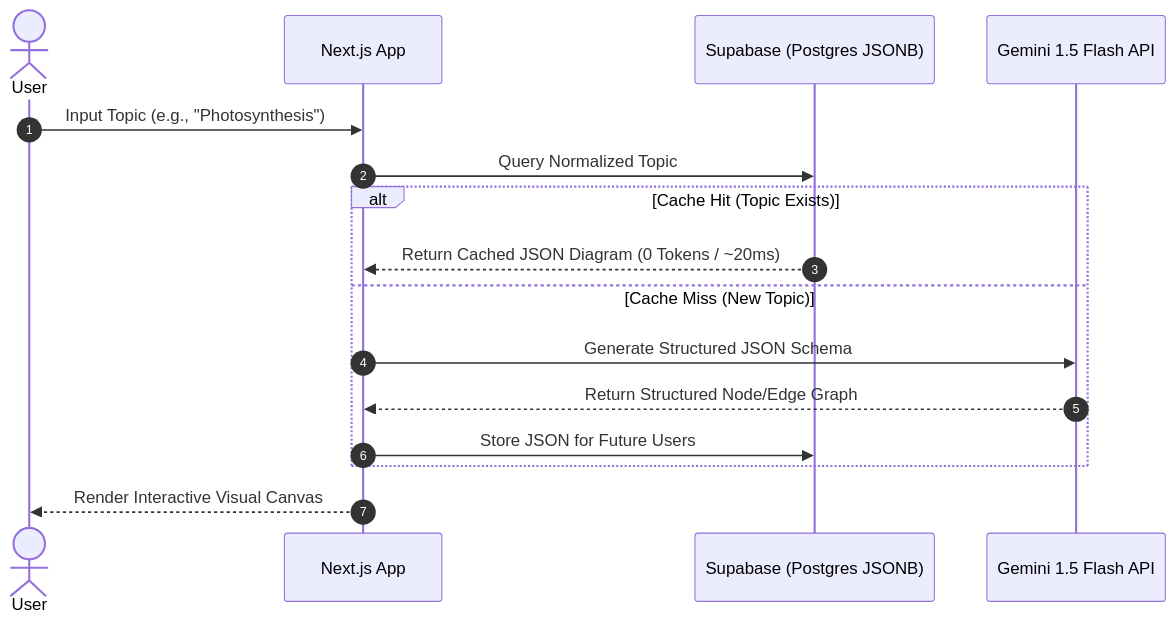
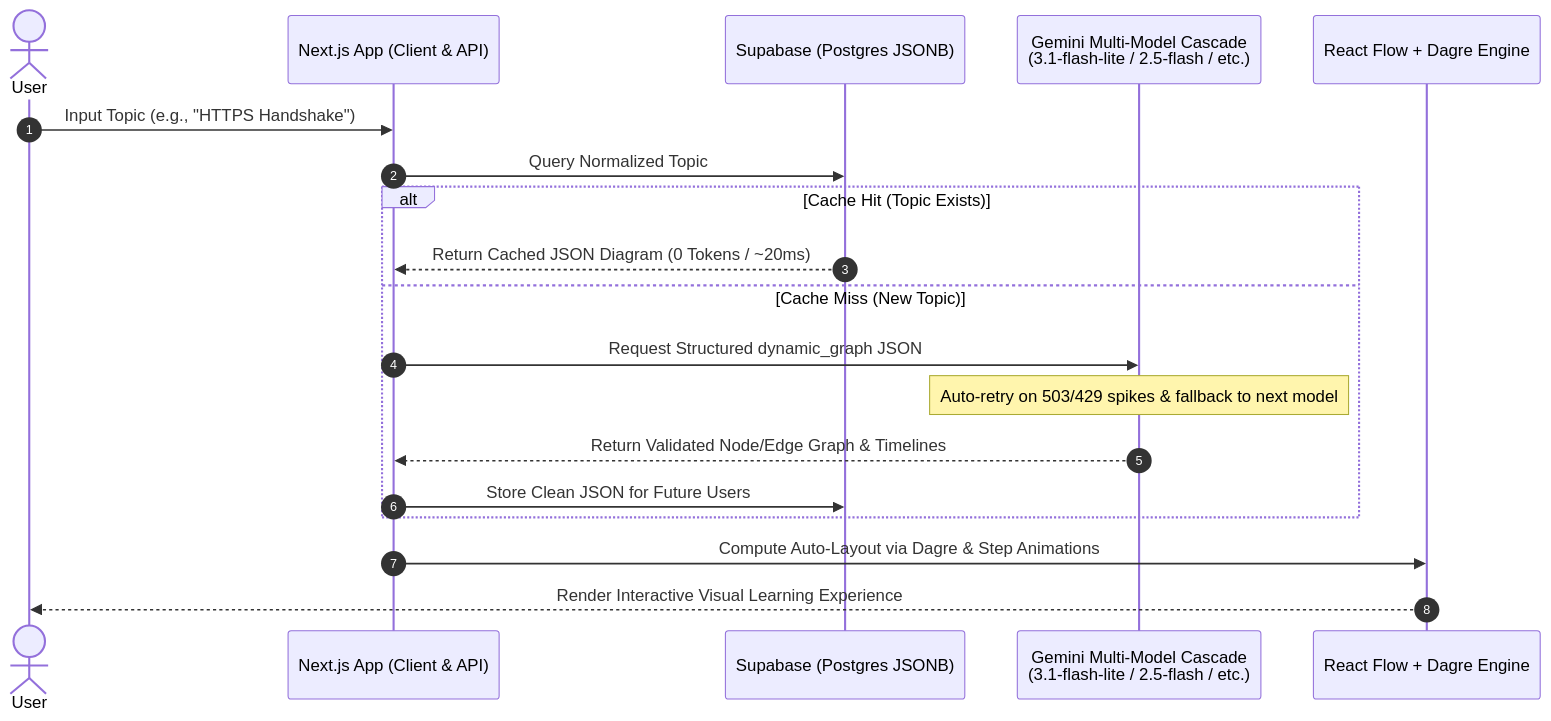
One commit to Aftabmemon20/Agentic-Canvas changed the diagram in README.md. Above: the diagram before and after it, drawn with Mermaid. The commit also changed other lines of this file and 2 other files, not shown here.

Commit message:
feat(ai): add multi-model cascade with retry & update architecture docs

````diff
--- a/README.md
+++ b/README.md
@@ -35,19 +35,22 @@
 ```mermaid
 sequenceDiagram
     autonumber
     actor User
-    participant Frontend as Next.js App
+    participant Frontend as Next.js App (Client & API)
     participant Cache as Supabase (Postgres JSONB)
-    participant AI as Gemini 1.5 Flash API
+    participant AI as Gemini Multi-Model Cascade<br/>(3.1-flash-lite / 2.5-flash / etc.)
+    participant Canvas as React Flow + Dagre Engine
 
-    User->>Frontend: Input Topic (e.g., "Photosynthesis")
+    User->>Frontend: Input Topic (e.g., "HTTPS Handshake")
     Frontend->>Cache: Query Normalized Topic
     alt Cache Hit (Topic Exists)
         Cache-->>Frontend: Return Cached JSON Diagram (0 Tokens / ~20ms)
     else Cache Miss (New Topic)
-        Frontend->>AI: Generate Structured JSON Schema
-        AI-->>Frontend: Return Structured Node/Edge Graph
-        Frontend->>Cache: Store JSON for Future Users
+        Frontend->>AI: Request Structured dynamic_graph JSON
+        Note over AI: Auto-retry on 503/429 spikes & fallback to next model
+        AI-->>Frontend: Return Validated Node/Edge Graph & Timelines
+        Frontend->>Cache: Store Clean JSON for Future Users
     end
-    Frontend-->>User: Render Interactive Visual Canvas
+    Frontend->>Canvas: Compute Auto-Layout via Dagre & Step Animations
+    Canvas-->>User: Render Interactive Visual Learning Experience
 ```
````
